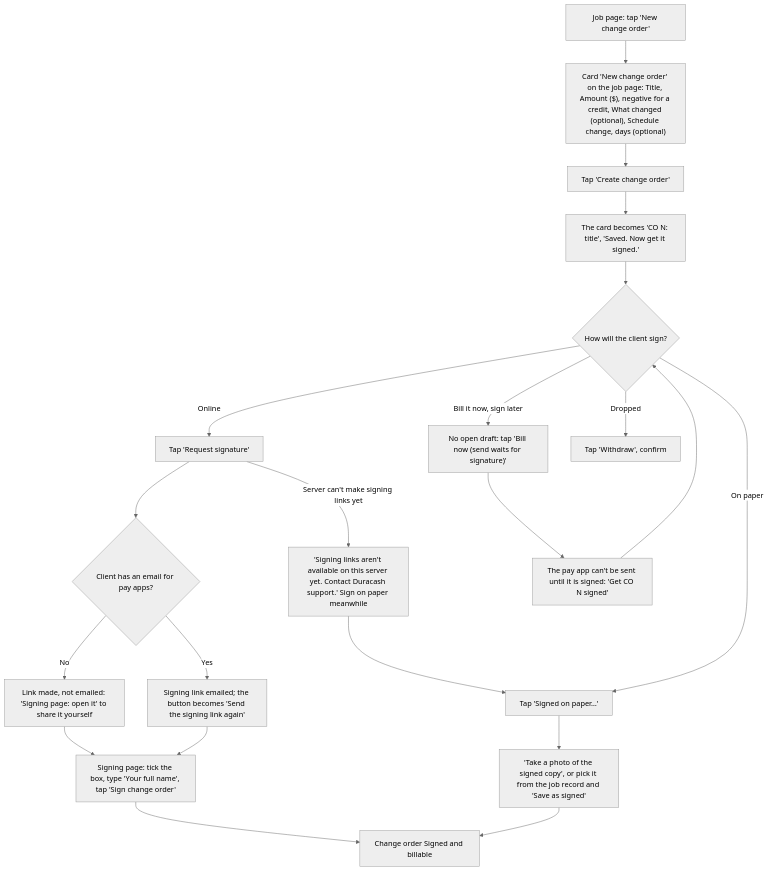
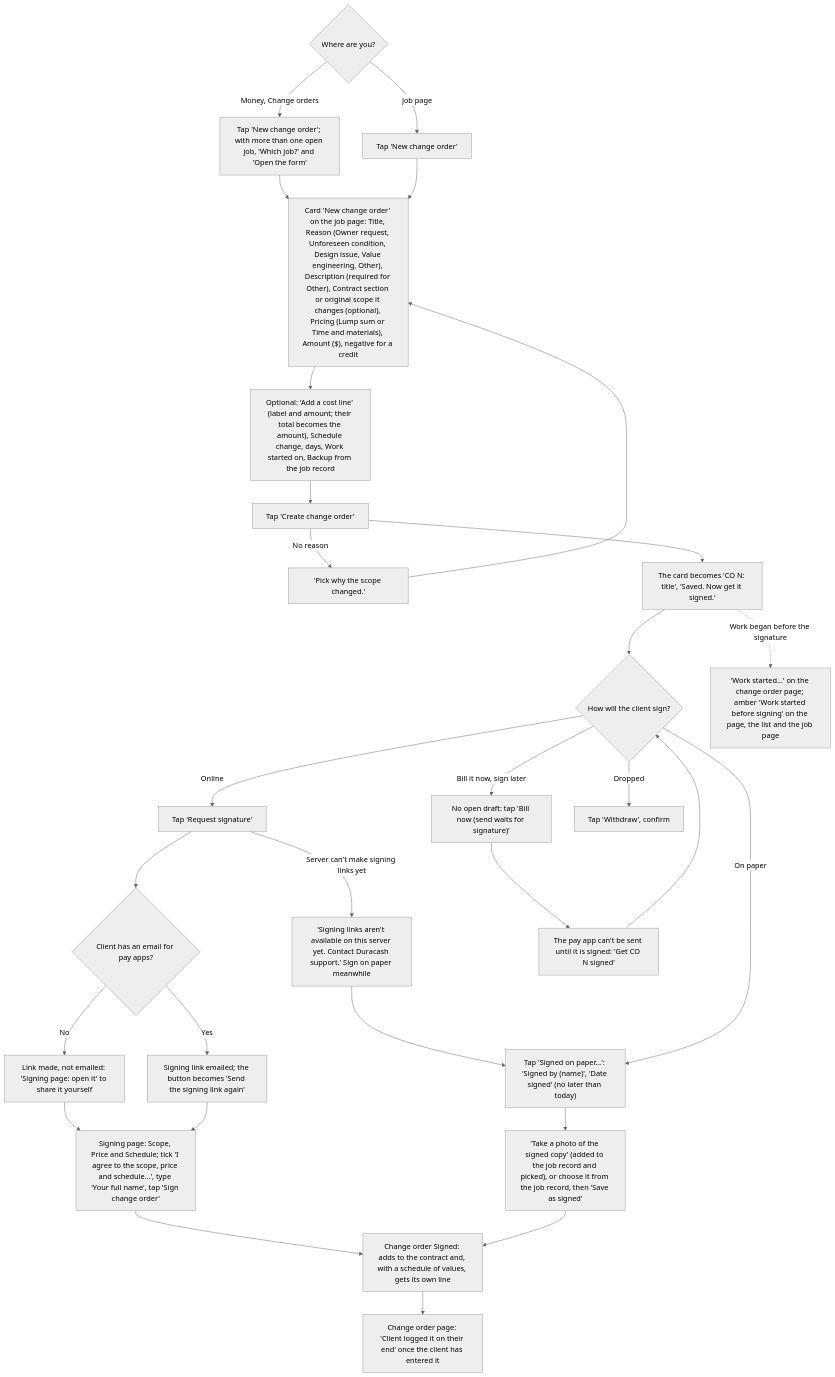
One commit to cartwrightstephen/billdable changed the sixth of 15 diagrams in docs/client-flows.md. Above: the diagram before and after it, drawn with Mermaid (neutral theme). The commit also changed other lines of this file and 6 other files, not shown here.

First line of the commit message:
Change orders made only on the job page; Recent contact says Sent or Delivered; browser steps and the client flows doc

````diff
--- a/docs/client-flows.md
+++ b/docs/client-flows.md
@@ -229,23 +229,31 @@
 ```mermaid
 flowchart TD
-    A["Job page: tap 'New change order'"] --> B["Card 'New change order' on the job page: Title, Amount ($), negative for a credit, What changed (optional), Schedule change, days (optional)"]
-    B --> D["Tap 'Create change order'"]
+    A{"Where are you?"} -->|"Job page"| A1["Tap 'New change order'"]
+    A -->|"Money, Change orders"| A2["Tap 'New change order'; with more than one open job, 'Which job?' and 'Open the form'"]
+    A2 --> B
+    A1 --> B["Card 'New change order' on the job page: Title, Reason (Owner request, Unforeseen condition, Design issue, Value engineering, Other), Description (required for Other), Contract section or original scope it changes (optional), Pricing (Lump sum or Time and materials), Amount ($), negative for a credit"]
+    B --> B2["Optional: 'Add a cost line' (label and amount; their total becomes the amount), Schedule change, days, Work started on, Backup from the job record"]
+    B2 --> D["Tap 'Create change order'"]
+    D -->|"No reason"| D2["'Pick why the scope changed.'"]
+    D2 --> B
     D --> E["The card becomes 'CO N: title', 'Saved. Now get it signed.'"]
     E --> F{"How will the client sign?"}
     F -->|"Online"| G["Tap 'Request signature'"]
     G -->|"Server can't make signing links yet"| G2["'Signing links aren't available on this server yet. Contact Duracash support.' Sign on paper meanwhile"]
     G2 --> L
     G --> H{"Client has an email for pay apps?"}
     H -->|"Yes"| I["Signing link emailed; the button becomes 'Send the signing link again'"]
     H -->|"No"| J["Link made, not emailed: 'Signing page: open it' to share it yourself"]
     J --> K
-    I --> K["Signing page: tick the box, type 'Your full name', tap 'Sign change order'"]
-    F -->|"On paper"| L["Tap 'Signed on paper…'"]
-    L --> M["'Take a photo of the signed copy', or pick it from the job record and 'Save as signed'"]
+    I --> K["Signing page: Scope, Price and Schedule; tick 'I agree to the scope, price and schedule…', type 'Your full name', tap 'Sign change order'"]
+    F -->|"On paper"| L["Tap 'Signed on paper…': 'Signed by (name)', 'Date signed' (no later than today)"]
+    L --> M["'Take a photo of the signed copy' (added to the job record and picked), or choose it from the job record, then 'Save as signed'"]
     F -->|"Bill it now, sign later"| N["No open draft: tap 'Bill now (send waits for signature)'"]
     N --> O["The pay app can't be sent until it is signed: 'Get CO N signed'"]
     O --> F
     F -->|"Dropped"| P["Tap 'Withdraw', confirm"]
-    K --> Q["Change order Signed and billable"]
+    K --> Q["Change order Signed: adds to the contract and, with a schedule of values, gets its own line"]
     M --> Q
+    Q --> R["Change order page: 'Client logged it on their end' once the client has entered it"]
+    E -.->|"Work began before the signature"| W["'Work started…' on the change order page; amber 'Work started before signing' on the page, the list and the job page"]
 ```
````
